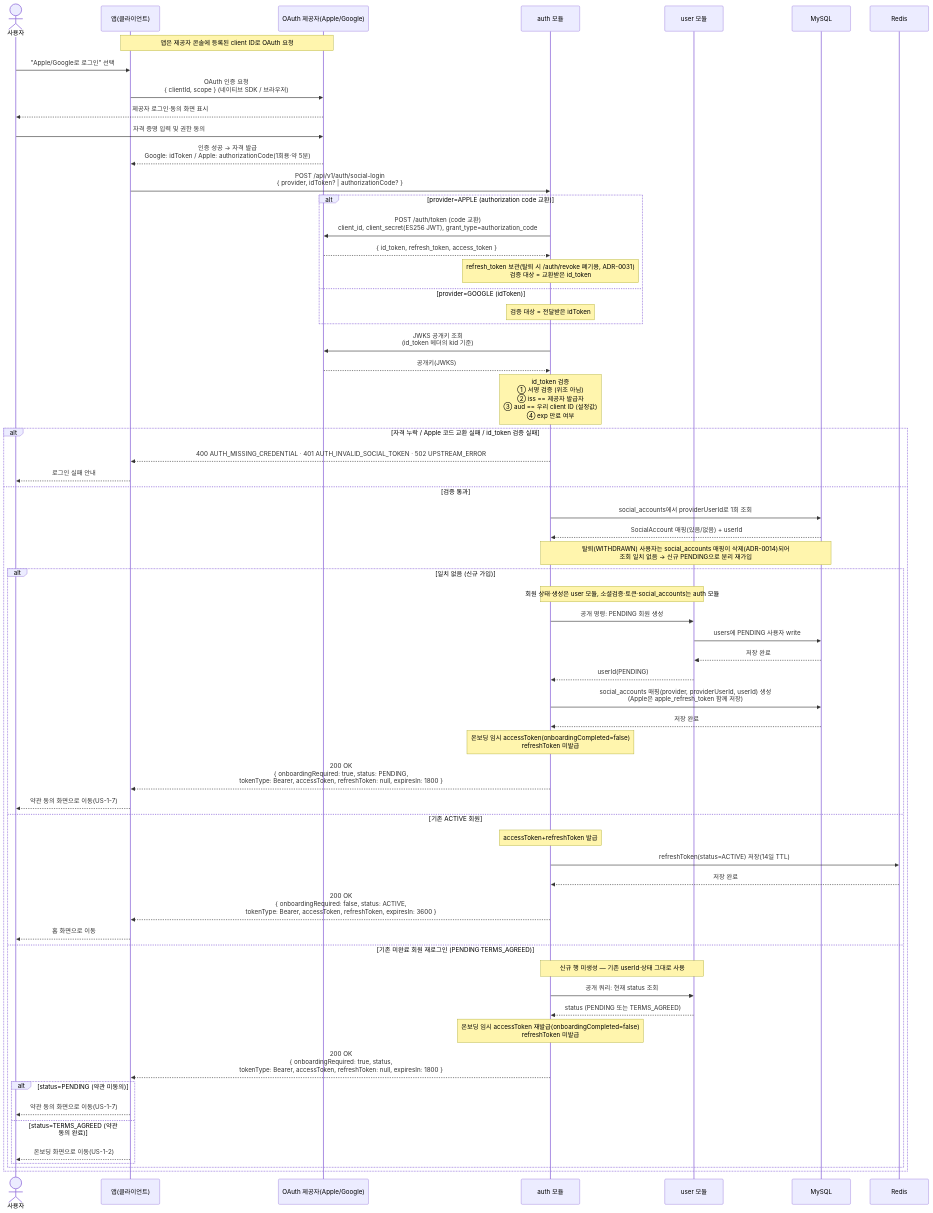
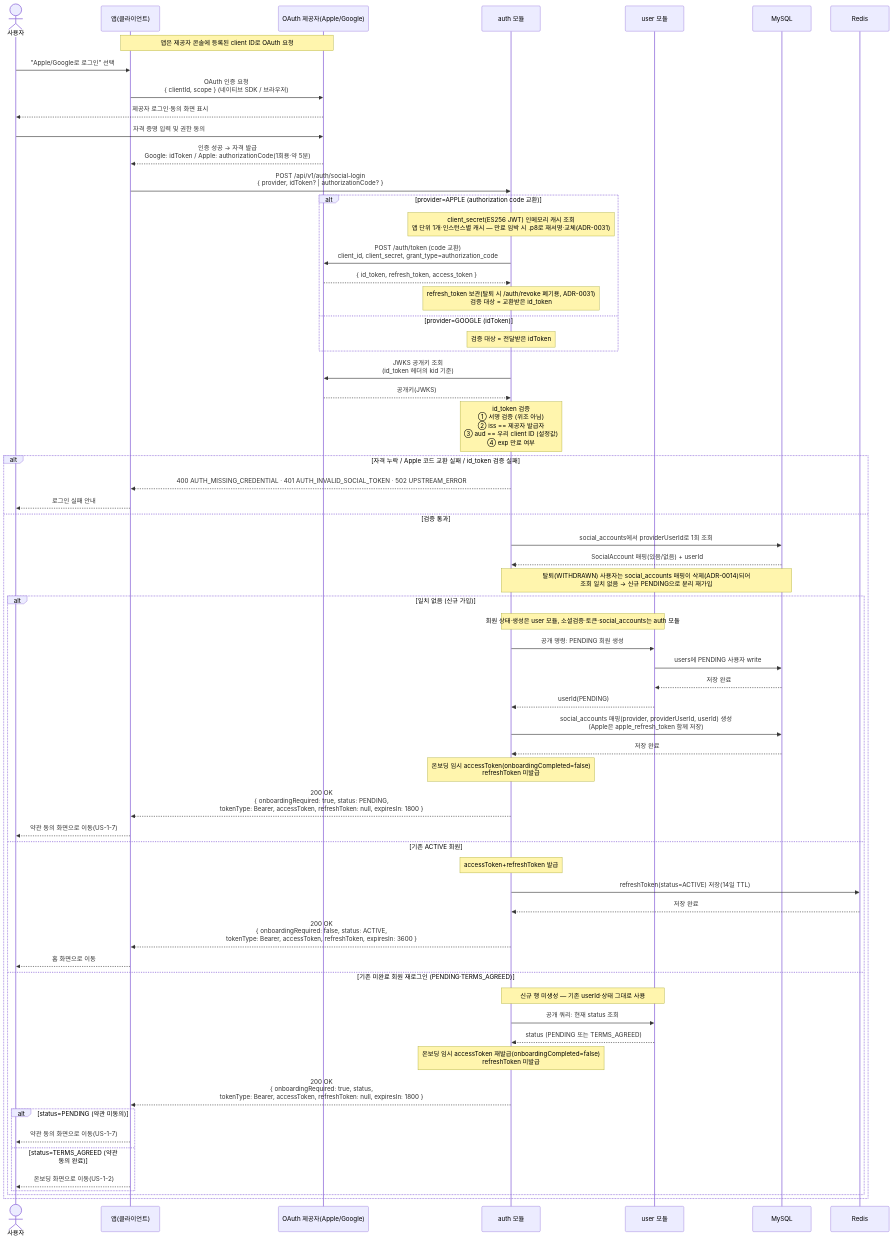
The diagram in docs/architecture/sequence-diagrams/01-auth-onboarding/us-1-1-social-login.md (jameskim9509/Kohere-backend), drawn with Mermaid before and after one commit. The commit also changed other lines of this file and 2 other files, not shown here.

Commit message:
docs(auth): client_secret이 앱 단위 단일 캐시값임을 ADR-0031에 명시
수평 확장 시 공유 저장소가 불필요한 근거(사용자별 캐시 아님, 만료 시각 기준
재서명)를 Decision #6에 한 줄 추가한다.

Refs: #60

````diff
--- a/docs/architecture/sequence-diagrams/01-auth-onboarding/us-1-1-social-login.md
+++ b/docs/architecture/sequence-diagrams/01-auth-onboarding/us-1-1-social-login.md
@@ -7,65 +7,66 @@
 ```mermaid
 sequenceDiagram
     actor U as 사용자
     participant C as 앱(클라이언트)
     participant P as OAuth 제공자(Apple/Google)
     participant S as auth 모듈
     participant USER as user 모듈
     participant SQL as MySQL
     participant RDS as Redis
 
     Note over C,P: 앱은 제공자 콘솔에 등록된 client ID로 OAuth 요청
     U->>C: "Apple/Google로 로그인" 선택
     C->>P: OAuth 인증 요청<br/>{ clientId, scope } (네이티브 SDK / 브라우저)
     P-->>U: 제공자 로그인·동의 화면 표시
     U->>P: 자격 증명 입력 및 권한 동의
     P-->>C: 인증 성공 → 자격 발급<br/>Google: idToken / Apple: authorizationCode(1회용·약 5분)
     C->>S: POST /api/v1/auth/social-login<br/>{ provider, idToken? | authorizationCode? }
     alt provider=APPLE (authorization code 교환)
-        S->>P: POST /auth/token (code 교환)<br/>client_id, client_secret(ES256 JWT), grant_type=authorization_code
+        Note over S: client_secret(ES256 JWT) 인메모리 캐시 조회<br/>앱 단위 1개·인스턴스별 캐시 — 만료 임박 시 .p8로 재서명·교체(ADR-0031)
+        S->>P: POST /auth/token (code 교환)<br/>client_id, client_secret, grant_type=authorization_code
         P-->>S: { id_token, refresh_token, access_token }
         Note over S: refresh_token 보관(탈퇴 시 /auth/revoke 폐기용, ADR-0031)<br/>검증 대상 = 교환받은 id_token
     else provider=GOOGLE (idToken)
         Note over S: 검증 대상 = 전달받은 idToken
     end
     S->>P: JWKS 공개키 조회<br/>(id_token 헤더의 kid 기준)
     P-->>S: 공개키(JWKS)
     Note over S: id_token 검증<br/>① 서명 검증 (위조 아님)<br/>② iss == 제공자 발급자<br/>③ aud == 우리 client ID (설정값)<br/>④ exp 만료 여부
     alt 자격 누락 / Apple 코드 교환 실패 / id_token 검증 실패
         S-->>C: 400 AUTH_MISSING_CREDENTIAL · 401 AUTH_INVALID_SOCIAL_TOKEN · 502 UPSTREAM_ERROR
         C-->>U: 로그인 실패 안내
     else 검증 통과
         S->>SQL: social_accounts에서 providerUserId로 1회 조회
         SQL-->>S: SocialAccount 매핑(있음/없음) + userId
         Note over S,SQL: 탈퇴(WITHDRAWN) 사용자는 social_accounts 매핑이 삭제(ADR-0014)되어<br/>조회 일치 없음 → 신규 PENDING으로 분리 재가입
         alt 일치 없음 (신규 가입)
             Note over S,USER: 회원 상태·생성은 user 모듈, 소셜검증·토큰·social_accounts는 auth 모듈
             S->>USER: 공개 명령: PENDING 회원 생성
             USER->>SQL: users에 PENDING 사용자 write
             SQL-->>USER: 저장 완료
             USER-->>S: userId(PENDING)
             S->>SQL: social_accounts 매핑(provider, providerUserId, userId) 생성<br/>(Apple은 apple_refresh_token 함께 저장)
             SQL-->>S: 저장 완료
             Note over S: 온보딩 임시 accessToken(onboardingCompleted=false)<br/>refreshToken 미발급
             S-->>C: 200 OK<br/>{ onboardingRequired: true, status: PENDING,<br/>tokenType: Bearer, accessToken, refreshToken: null, expiresIn: 1800 }
             C-->>U: 약관 동의 화면으로 이동(US-1-7)
         else 기존 ACTIVE 회원
             Note over S: accessToken+refreshToken 발급
             S->>RDS: refreshToken(status=ACTIVE) 저장(14일 TTL)
             RDS-->>S: 저장 완료
             S-->>C: 200 OK<br/>{ onboardingRequired: false, status: ACTIVE,<br/>tokenType: Bearer, accessToken, refreshToken, expiresIn: 3600 }
             C-->>U: 홈 화면으로 이동
         else 기존 미완료 회원 재로그인 (PENDING·TERMS_AGREED)
             Note over S,USER: 신규 행 미생성 — 기존 userId·상태 그대로 사용
             S->>USER: 공개 쿼리: 현재 status 조회
             USER-->>S: status (PENDING 또는 TERMS_AGREED)
             Note over S: 온보딩 임시 accessToken 재발급(onboardingCompleted=false)<br/>refreshToken 미발급
             S-->>C: 200 OK<br/>{ onboardingRequired: true, status,<br/>tokenType: Bearer, accessToken, refreshToken: null, expiresIn: 1800 }
             alt status=PENDING (약관 미동의)
                 C-->>U: 약관 동의 화면으로 이동(US-1-7)
             else status=TERMS_AGREED (약관 동의 완료)
                 C-->>U: 온보딩 화면으로 이동(US-1-2)
             end
         end
     end
 ```
````
